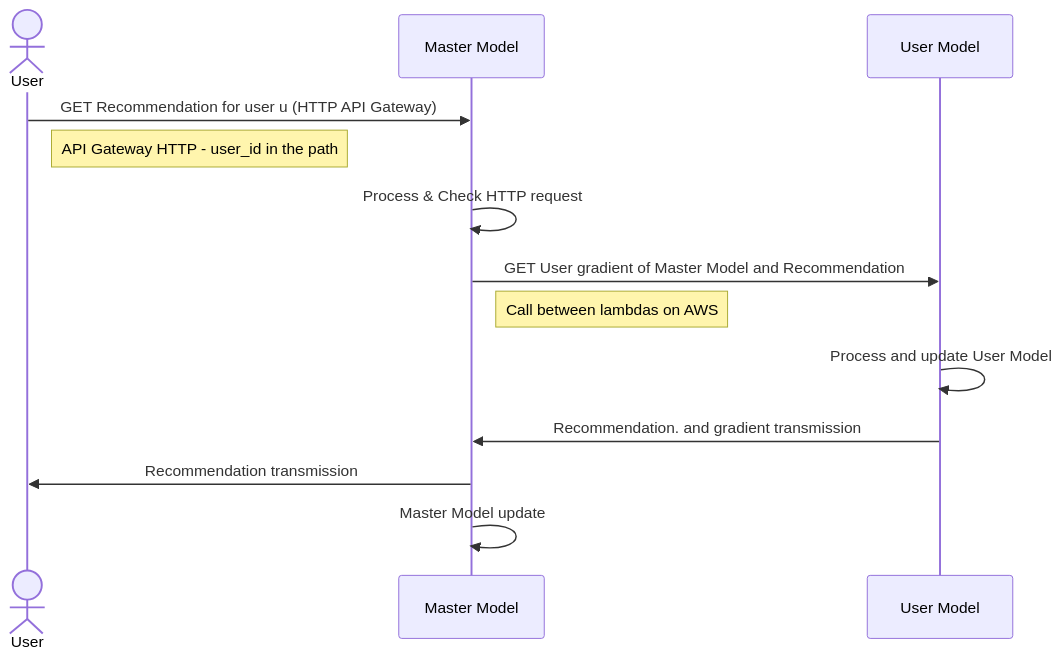
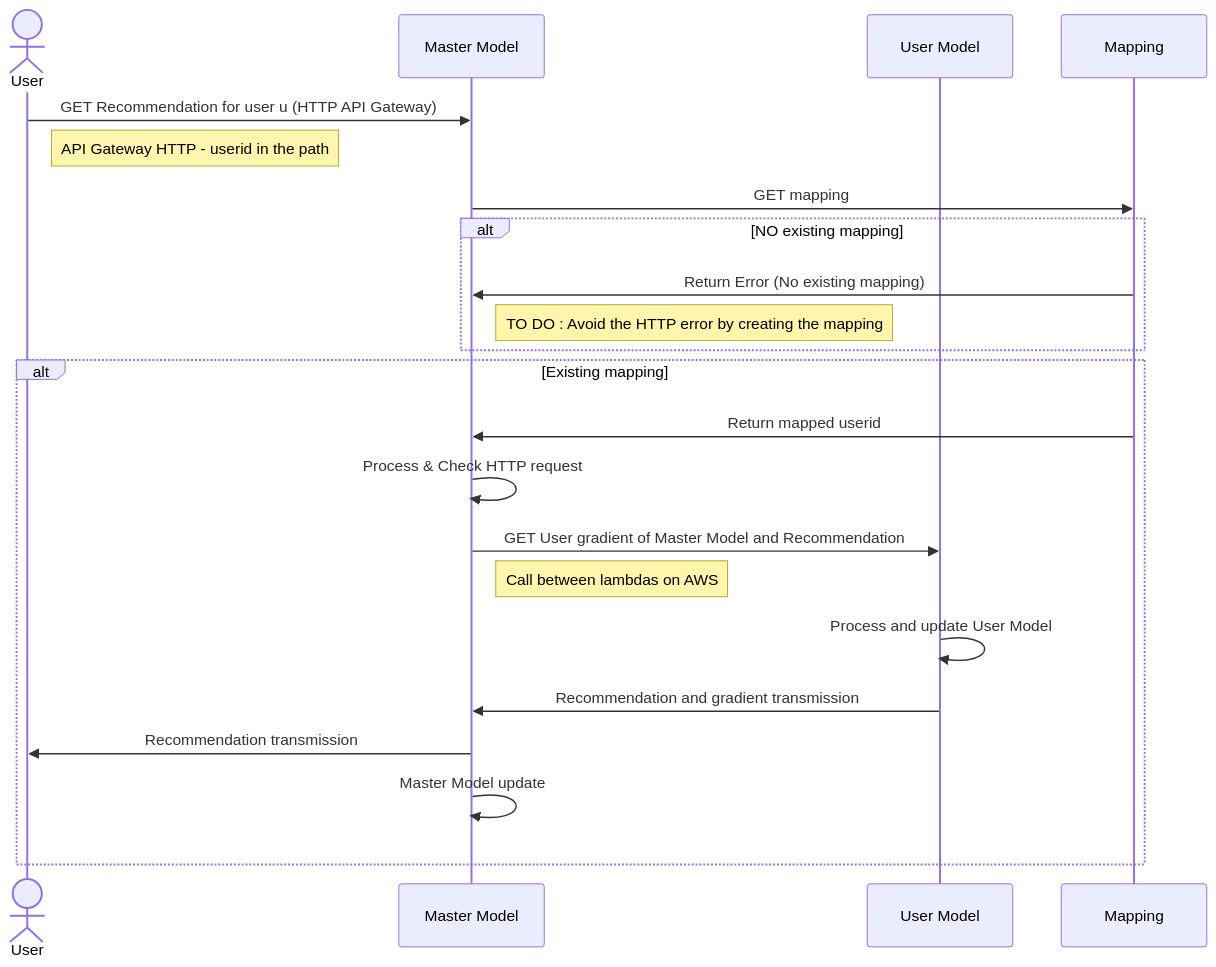
One commit to AdrKacz/super-duper-guacamole changed the first of 3 diagrams in recommender-system/README.md. Above: the diagram before and after it, drawn with Mermaid. The commit also changed other lines of this file and 6 other files, not shown here.

````diff
--- a/recommender-system/README.md
+++ b/recommender-system/README.md
@@ -118,15 +18,25 @@
 ```mermaid
 sequenceDiagram
       actor User as User
-      participant Model as Master Model
+      participant MM as Master Model
       participant Model2 as User Model
-      User ->> Model: GET Recommendation for user u (HTTP API Gateway)
-      Note right of User: API Gateway HTTP - user_id in the path
-      Model ->> Model: Process & Check HTTP request
-      Model ->> Model2: GET User gradient of Master Model and Recommendation
-      Note right of Model: Call between lambdas on AWS
+      participant m as Mapping
+      User ->> MM: GET Recommendation for user u (HTTP API Gateway)
+      Note right of User: API Gateway HTTP - userid in the path
+      MM ->> m: GET mapping
+      alt NO existing mapping
+      m ->> MM: Return Error (No existing mapping)
+      Note right of MM: TO DO : Avoid the HTTP error by creating the mapping
+      end
+
+      alt Existing mapping
+      m ->> MM: Return mapped userid
+      MM ->> MM: Process & Check HTTP request
+      MM ->> Model2: GET User gradient of Master Model and Recommendation
+      Note right of MM: Call between lambdas on AWS
       Model2 ->> Model2: Process and update User Model
-      Model2 ->> Model: Recommendation. and gradient transmission
-      Model ->> User: Recommendation transmission
-      Model ->> Model: Master Model update
+      Model2 ->> MM: Recommendation and gradient transmission
+      MM ->> User: Recommendation transmission
+      MM ->> MM: Master Model update
+      end
 ```
````
